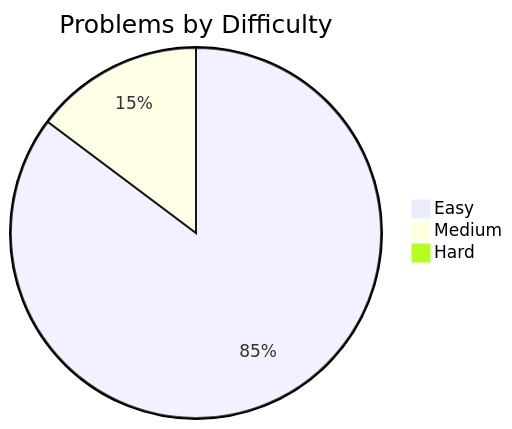
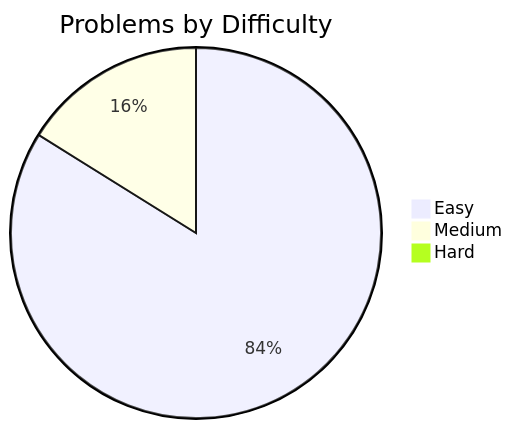
The diagram in README.md (davelin18yufan/leetcode-journal), drawn with Mermaid before and after one commit. The commit also changed other lines of this file and 7 other files, not shown here.

````diff
--- a/README.md
+++ b/README.md
@@ -7,7 +7,7 @@
 ```mermaid
 pie
     title Problems by Difficulty
     "Easy" : 52
-    "Medium" : 9
+    "Medium" : 10
     "Hard" : 0
 ```
````
